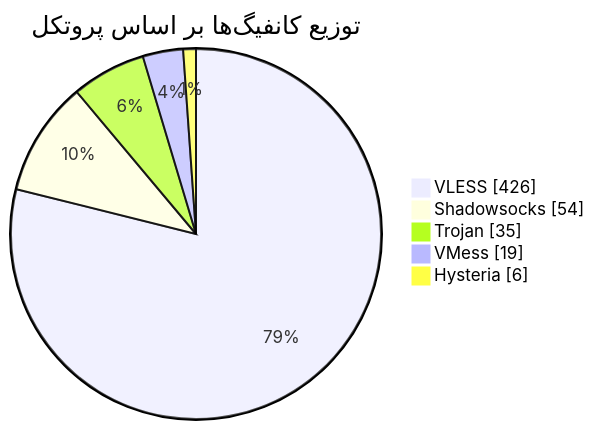
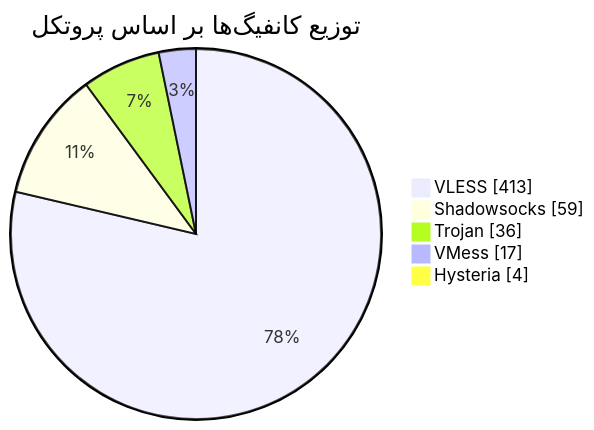
Before and after one commit to Arian-Alijani/Somthing: the diagram in README.md, drawn with Mermaid. The commit also changed other lines of this file and 81 other files, not shown here.

````diff
--- a/README.md
+++ b/README.md
@@ -47,9 +47,9 @@
 ```mermaid
 pie showData
     title توزیع کانفیگ‌ها بر اساس پروتکل
-    "VLESS" : 426
-    "Shadowsocks" : 54
-    "Trojan" : 35
-    "VMess" : 19
-    "Hysteria" : 6
+    "VLESS" : 413
+    "Shadowsocks" : 59
+    "Trojan" : 36
+    "VMess" : 17
+    "Hysteria" : 4
 ```
````
